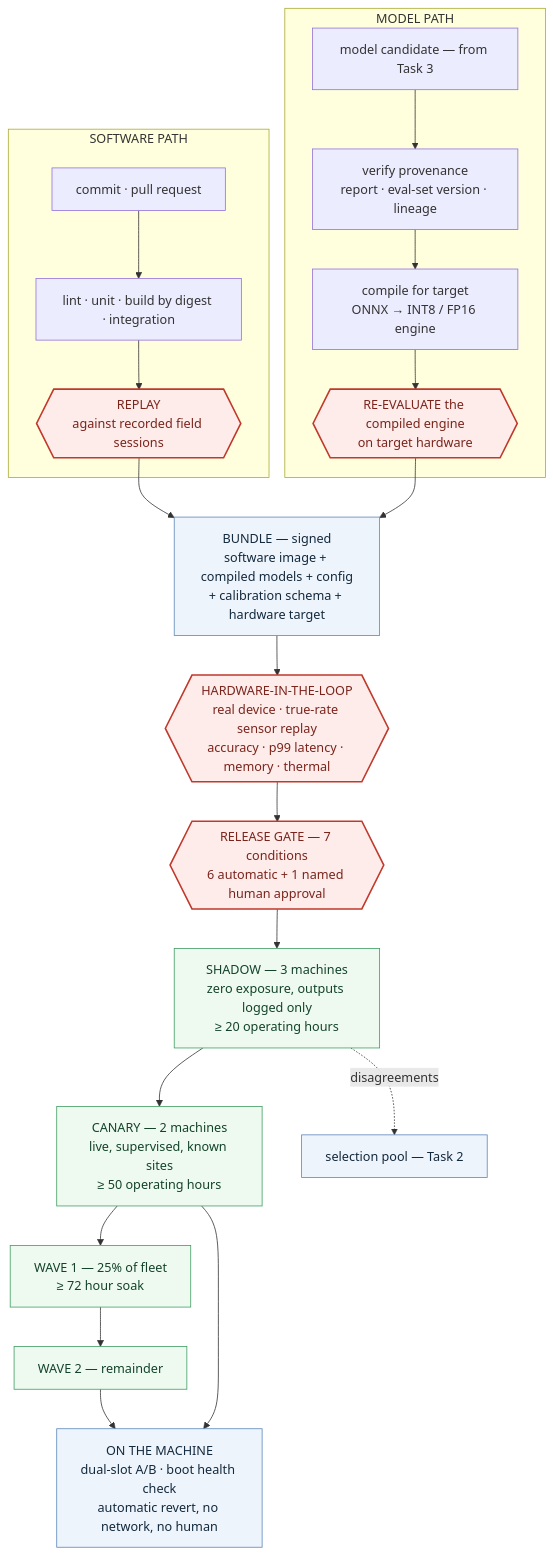
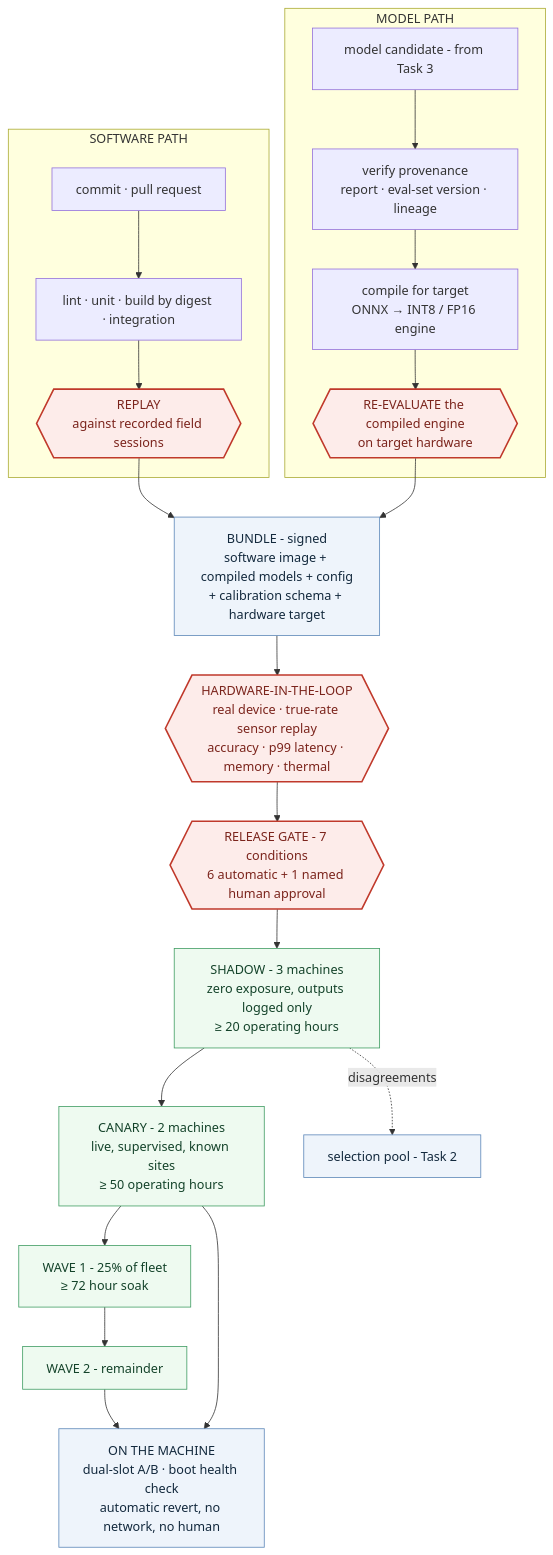
One commit to nakshatravyas/zensomy-data-flywheel changed the seventh of 8 diagrams in .site/docs/technical-design.md. Above: the diagram before and after it, drawn with Mermaid. The commit also changed other lines of this file and 9 other files, not shown here.

````diff
--- a/.site/docs/technical-design.md
+++ b/.site/docs/technical-design.md
@@ -320,43 +316,43 @@
 ```mermaid
 graph TB
     subgraph SW["SOFTWARE PATH"]
         CM["commit · pull request"]
         CI["lint · unit · build by digest · integration"]
         RP{{"REPLAY<br/>against recorded field sessions"}}
         CM --> CI --> RP
     end
 
     subgraph MD["MODEL PATH"]
-        MC["model candidate — from Task 3"]
+        MC["model candidate - from Task 3"]
         PV["verify provenance<br/>report · eval-set version · lineage"]
         CO["compile for target<br/>ONNX → INT8 / FP16 engine"]
         RE{{"RE-EVALUATE the compiled engine<br/>on target hardware"}}
         MC --> PV --> CO --> RE
     end
 
-    BUN["BUNDLE — signed<br/>software image + compiled models + config<br/>+ calibration schema + hardware target"]
+    BUN["BUNDLE - signed<br/>software image + compiled models + config<br/>+ calibration schema + hardware target"]
     HIL{{"HARDWARE-IN-THE-LOOP<br/>real device · true-rate sensor replay<br/>accuracy · p99 latency · memory · thermal"}}
-    GATE{{"RELEASE GATE — 7 conditions<br/>6 automatic + 1 named human approval"}}
+    GATE{{"RELEASE GATE - 7 conditions<br/>6 automatic + 1 named human approval"}}
 
-    SH["SHADOW — 3 machines<br/>zero exposure, outputs logged only<br/>≥ 20 operating hours"]
-    CN["CANARY — 2 machines<br/>live, supervised, known sites<br/>≥ 50 operating hours"]
-    W1["WAVE 1 — 25% of fleet<br/>≥ 72 hour soak"]
-    W2["WAVE 2 — remainder"]
-    SELP["selection pool — Task 2"]
+    SH["SHADOW - 3 machines<br/>zero exposure, outputs logged only<br/>≥ 20 operating hours"]
+    CN["CANARY - 2 machines<br/>live, supervised, known sites<br/>≥ 50 operating hours"]
+    W1["WAVE 1 - 25% of fleet<br/>≥ 72 hour soak"]
+    W2["WAVE 2 - remainder"]
+    SELP["selection pool - Task 2"]
 
     AB["ON THE MACHINE<br/>dual-slot A/B · boot health check<br/>automatic revert, no network, no human"]
 
     RP --> BUN
     RE --> BUN
     BUN --> HIL --> GATE --> SH --> CN --> W1 --> W2
     SH -.->|"disagreements"| SELP
     W2 --> AB
     CN --> AB
 
     classDef gate fill:#fdecea,stroke:#c0392b,stroke-width:2px,color:#7b241c
     classDef stage fill:#eefaf0,stroke:#3f9c62,color:#14432a
     classDef box fill:#eef4fb,stroke:#5b86b8,color:#13293d
     class RP,RE,HIL,GATE gate
     class SH,CN,W1,W2 stage
     class BUN,AB,SELP box
 ```
````
